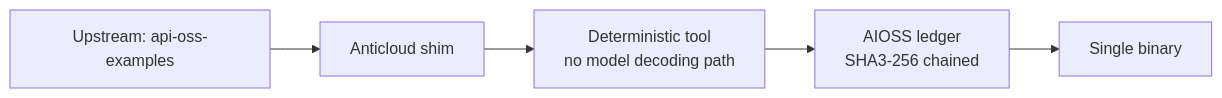
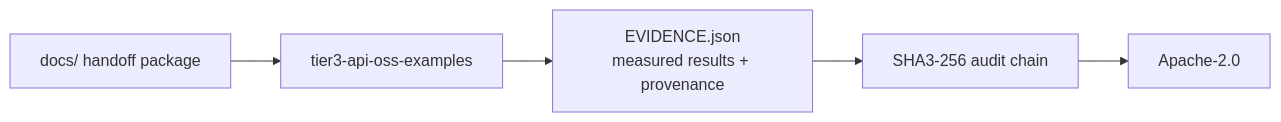
One commit to the-anticloud/tier3-api-oss-examples changed the diagram in README.md. Above: the diagram before and after it, drawn with Mermaid. The commit also changed other lines of this file and 10 other files, not shown here.

````diff
--- a/README.md
+++ b/README.md
@@ -11,7 +22,7 @@
 ```mermaid
 graph LR
-    U[Upstream: api-oss-examples] --> S[Anticloud shim]
-    S --> T[Deterministic tool<br/>no model decoding path]
-    T --> A[AIOSS ledger<br/>SHA3-256 chained]
-    A --> B[Single binary]
+    D[docs/ handoff package] --> R[tier3-api-oss-examples]
+    R --> E[EVIDENCE.json\nmeasured results + provenance]
+    E --> A[SHA3-256 audit chain]
+    A --> L[Apache-2.0]
 ```
````
